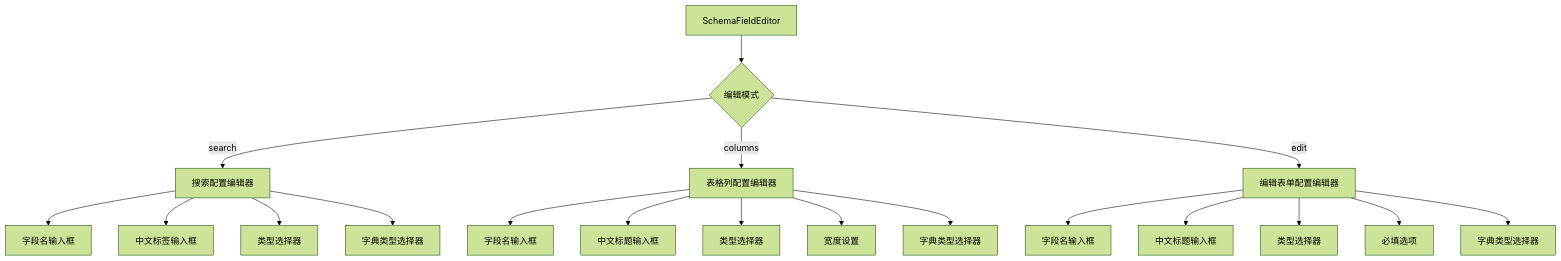
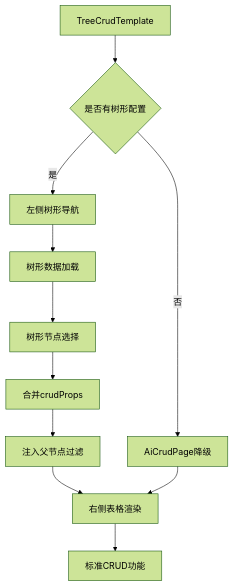
The ninth of 14 diagrams in .qoder/repowiki/zh/content/核心功能模块/AI CRUD生成器.md (yaomindong1996/forge-admin), drawn with Mermaid (forest theme) before and after one commit. The commit also changed other lines of this file and 7 other files, not shown here.

````diff
--- a/.qoder/repowiki/zh/content/核心功能模块/AI CRUD生成器.md
+++ b/.qoder/repowiki/zh/content/核心功能模块/AI CRUD生成器.md
@@ -219,21 +408,13 @@
 ```mermaid
 flowchart TD
-A[SchemaFieldEditor] --> B{编辑模式}
-B --> |search| C[搜索配置编辑器]
-B --> |columns| D[表格列配置编辑器]
-B --> |edit| E[编辑表单配置编辑器]
-C --> F[字段名输入框]
-C --> G[中文标签输入框]
-C --> H[类型选择器]
-C --> I[字典类型选择器]
-D --> J[字段名输入框]
-D --> K[中文标题输入框]
-D --> L[类型选择器]
-D --> M[宽度设置]
-D --> N[字典类型选择器]
-E --> O[字段名输入框]
-E --> P[中文标题输入框]
-E --> Q[类型选择器]
-E --> R[必填选项]
-E --> S[字典类型选择器]
+A[TreeCrudTemplate] --> B{是否有树形配置}
+B --> |是| C[左侧树形导航]
+B --> |否| D[AiCrudPage降级]
+C --> E[树形数据加载]
+E --> F[树形节点选择]
+F --> G[合并crudProps]
+G --> H[注入父节点过滤]
+H --> I[右侧表格渲染]
+D --> I
+I --> J[标准CRUD功能]
 ```
````
